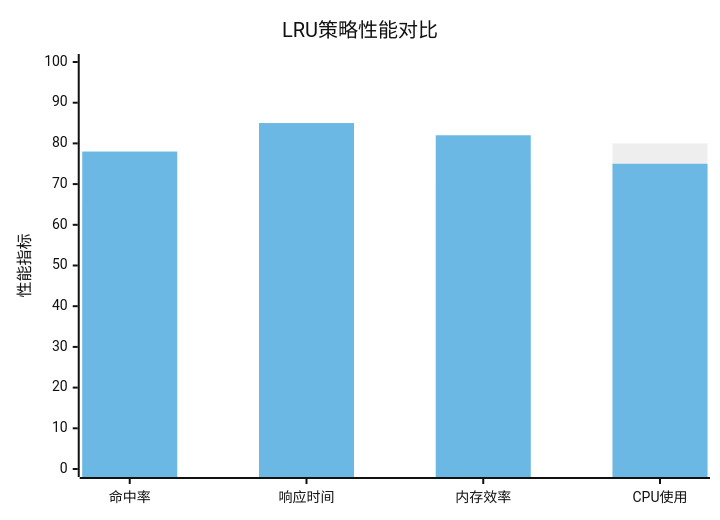
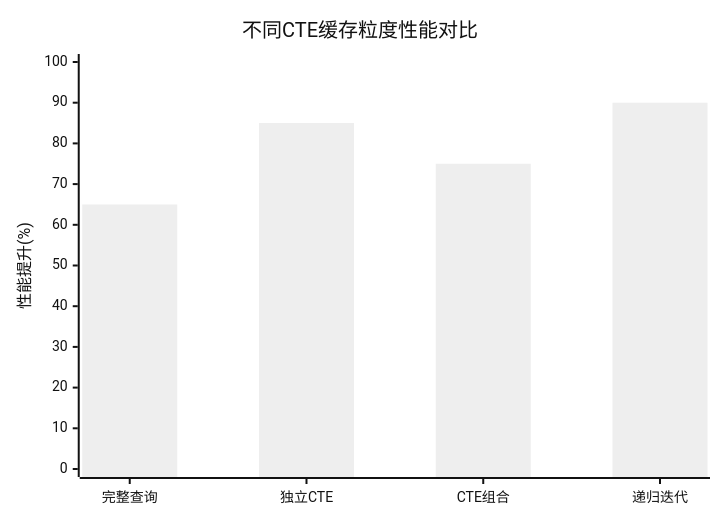
Before and after one commit to crazypenguincode/duckdb: diagram 14 of 25 in md/第五章-实验与分析.md, drawn with Mermaid (neutral theme). The commit also changed other lines of this file and 361 other files, not shown here.

````diff
--- a/md/第五章-实验与分析.md
+++ b/md/第五章-实验与分析.md
@@ -621,8 +447,7 @@
 ```mermaid
 xychart-beta
-    title "LRU策略性能对比"
-    x-axis ["命中率", "响应时间", "内存效率", "CPU使用"]
-    y-axis "性能指标" 0 --> 100
-    bar [65, 75, 70, 80]
-    bar [78, 85, 82, 75]
+    title "不同CTE缓存粒度性能对比"
+    x-axis ["完整查询", "独立CTE", "CTE组合", "递归迭代"]
+    y-axis "性能提升(%)" 0 --> 100
+    bar [65, 85, 75, 90]
 ```
````
